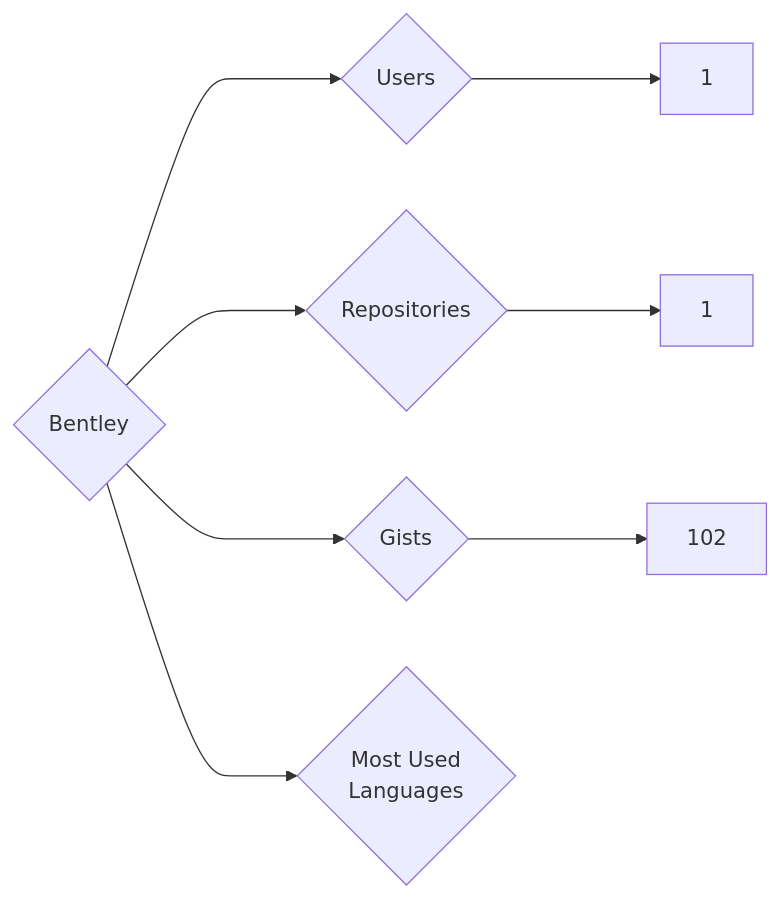
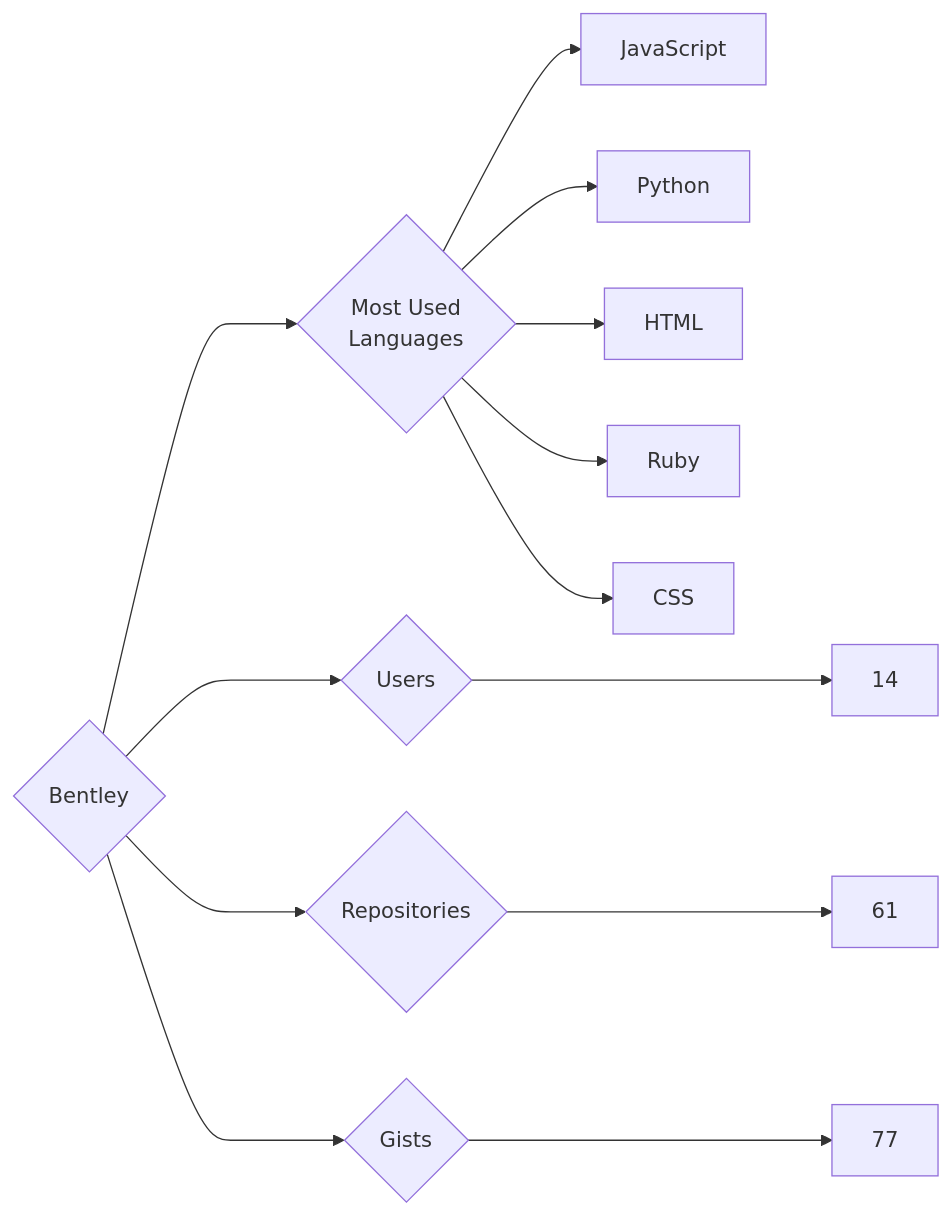
The diagram in targets/Bentley/README.md (trickest/insiders), drawn with Mermaid before and after one commit. The commit also changed 610 other files, not shown here.

````diff
--- a/targets/Bentley/README.md
+++ b/targets/Bentley/README.md
@@ -3,8 +3,13 @@
 ```mermaid
 graph LR
 COMPANY_NAME{Bentley}
-COMPANY_NAME ---> U{Users} ---> UN[1]
-COMPANY_NAME ---> R{Repositories} ---> RN[1]
-COMPANY_NAME ---> G{Gists} ---> GN[102]
+COMPANY_NAME ---> U{Users} ---> UN[14]
+COMPANY_NAME ---> R{Repositories} ---> RN[61]
+COMPANY_NAME ---> G{Gists} ---> GN[77]
 COMPANY_NAME ---> ML{Most Used<br>Languages}
+ML --> JavaScript[JavaScript]
+ML --> Python[Python]
+ML --> HTML[HTML]
+ML --> Ruby[Ruby]
+ML --> CSS[CSS]
 ```
````
